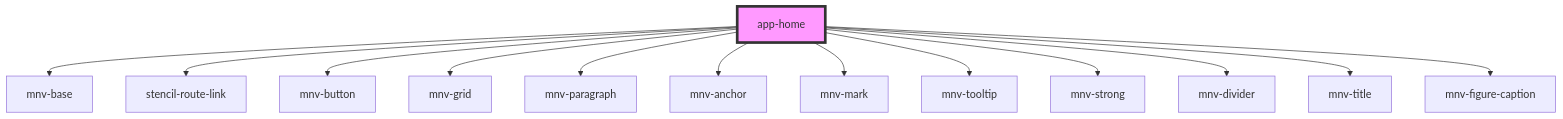
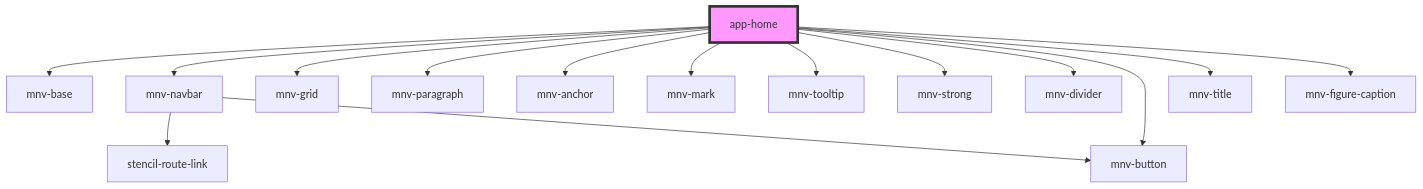
One commit to rafaela-vairo/ufrj-sustainable changed the diagram in src/components/app-home/readme.md. Above: the diagram before and after it, drawn with Mermaid. The commit also changed other lines of this file and 15 other files, not shown here.

Commit message:
Criação e refinamento de mnv-navbar

````diff
--- a/src/components/app-home/readme.md
+++ b/src/components/app-home/readme.md
@@ -26,16 +26,18 @@
 ```mermaid
 graph TD;
   app-home --> mnv-base
-  app-home --> stencil-route-link
-  app-home --> mnv-button
+  app-home --> mnv-navbar
   app-home --> mnv-grid
   app-home --> mnv-paragraph
   app-home --> mnv-anchor
   app-home --> mnv-mark
   app-home --> mnv-tooltip
   app-home --> mnv-strong
   app-home --> mnv-divider
+  app-home --> mnv-button
   app-home --> mnv-title
   app-home --> mnv-figure-caption
+  mnv-navbar --> stencil-route-link
+  mnv-navbar --> mnv-button
   style app-home fill:#f9f,stroke:#333,stroke-width:4px
 ```
````
